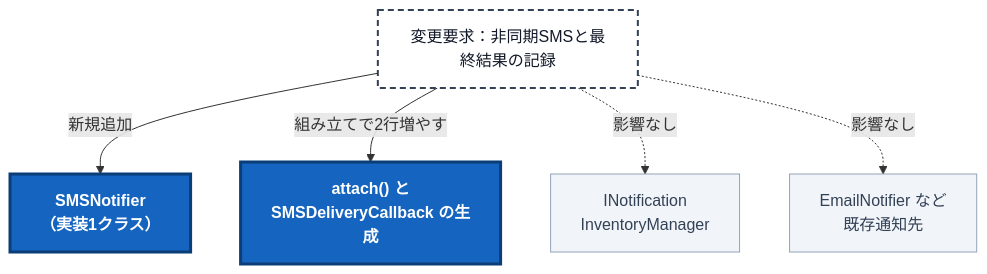
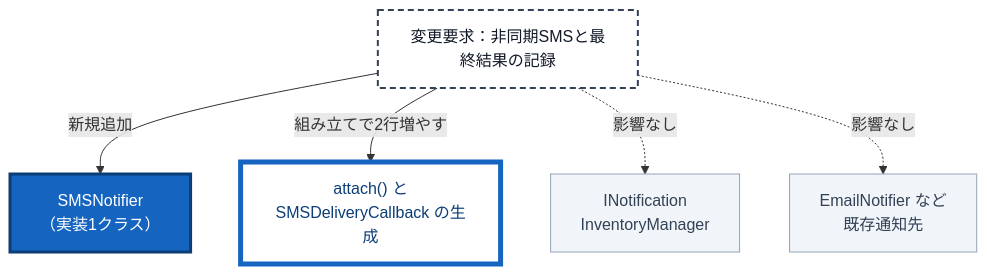
Before and after one commit to kumachan1101-pixel/DesignPattern: diagram 11 of 13 in kindle/design-patterns/books/volume01-core-patterns/output/05-chapter03.md, drawn with Mermaid. The commit also changed other lines of this file and 11 other files, not shown here.

First line of the commit message:
図の印を「新しく作る／開いて直す」へ分け、抜粋の改変を直す

````diff
--- a/kindle/design-patterns/books/volume01-core-patterns/output/05-chapter03.md
+++ b/kindle/design-patterns/books/volume01-core-patterns/output/05-chapter03.md
@@ -3058,12 +3072,13 @@
 ```mermaid
 graph TD
     T1["変更要求：非同期SMSと最終結果の記録"]:::req
-        -->|新規追加| N1["SMSNotifier<br>（実装1クラス）"]:::changed
-    T1 -->|組み立てで2行増やす| N2["attach() と<br>SMSDeliveryCallback の生成"]:::changed
+        -->|新規追加| N1["SMSNotifier<br>（実装1クラス）"]:::added
+    T1 -->|組み立てで2行増やす| N2["attach() と<br>SMSDeliveryCallback の生成"]:::touched
     T1 -. "影響なし" .-> A["INotification<br>InventoryManager"]:::keep
     T1 -. "影響なし" .-> B["EmailNotifier など<br>既存通知先"]:::keep
 
     classDef req fill:#ffffff,stroke:#334155,stroke-width:2px,stroke-dasharray:6 4,color:#111827;
     classDef keep fill:#f1f5f9,stroke:#94a3b8,color:#334155;
-    classDef changed fill:#1565c0,stroke:#0b3d76,stroke-width:3px,color:#ffffff,font-weight:bold;
+    classDef added fill:#1565c0,stroke:#0b3d76,stroke-width:3px,color:#ffffff;
+    classDef touched fill:#ffffff,stroke:#1565c0,stroke-width:5px,color:#0b3d76;
 ```
````
